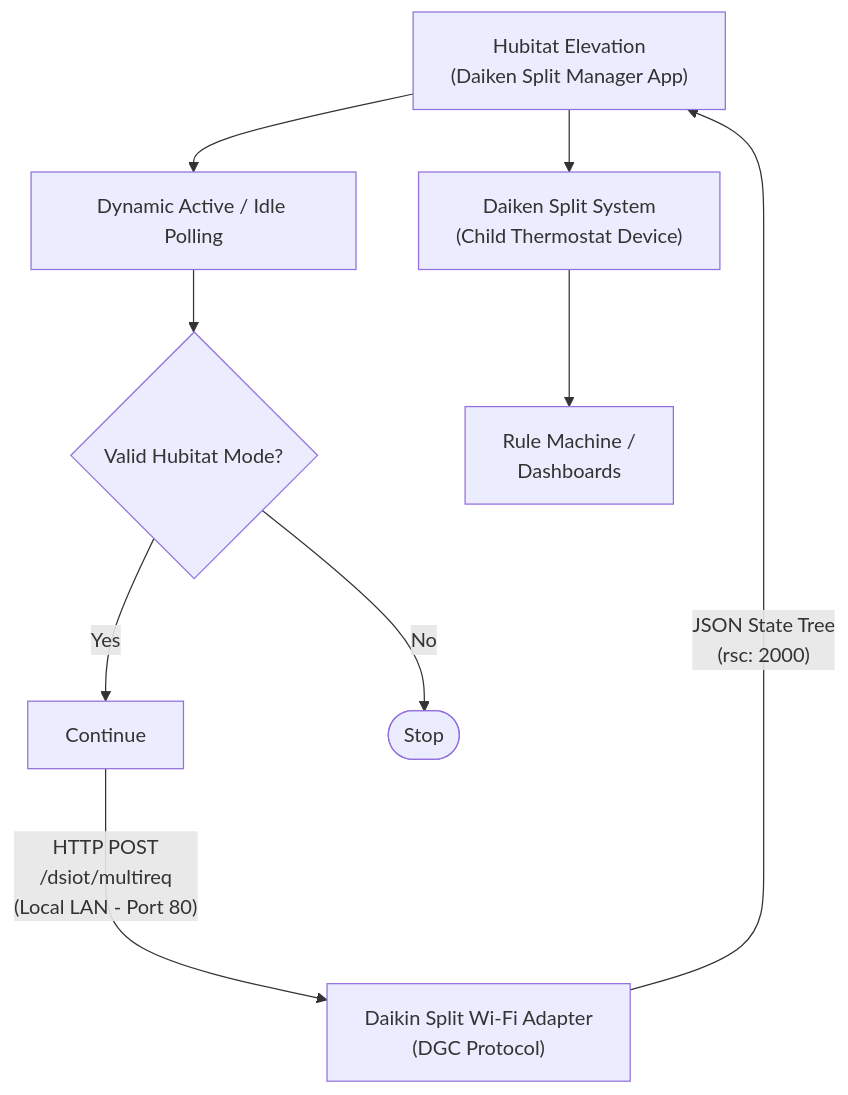
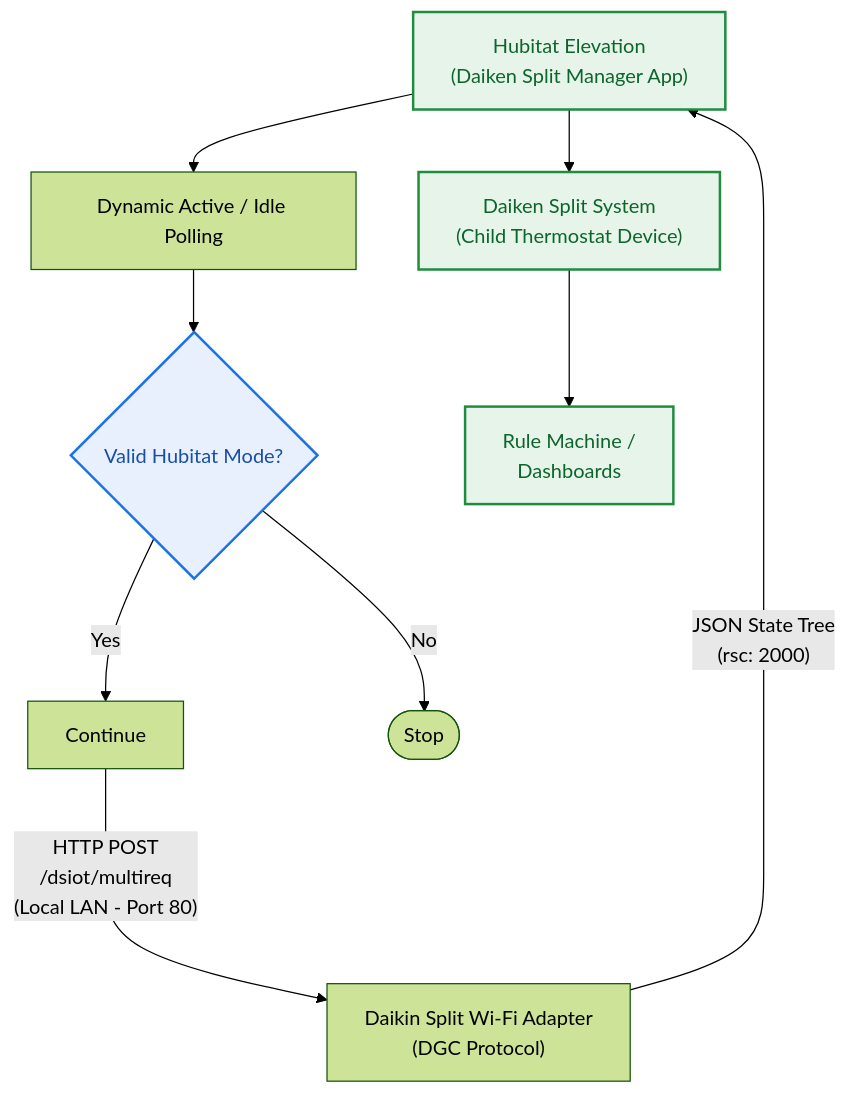
Before and after one commit to KurtSanders/Hubitat-Daiken-Split-Manager: the diagram in README.md, drawn with Mermaid.

````diff
--- a/README.md
+++ b/README.md
@@ -13,14 +13,21 @@
 ```mermaid
+---
+config:
+  theme: forest
+---
 flowchart TD
     HE["Hubitat Elevation<br/>(Daiken Split Manager App)"] 
     HE --> PS["Dynamic Active / Idle Polling"]
     PS --> MD{"Valid Hubitat Mode?"}
     MD -->|Yes| SH[Continue]
     MD -->|No| ST([Stop])
     SH --->|"HTTP POST<br/>/dsiot/multireq<br/>(Local LAN - Port 80)"| DK["Daikin Split Wi-Fi Adapter<br/>(DGC Protocol)"]
     DK --->|"JSON State Tree<br/>(rsc: 2000)"| HE
     HE --> CD["Daiken Split System<br/>(Child Thermostat Device)"]
     CD --> RM["Rule Machine /<br/>Dashboards"]
-
-    
+    classDef hubitat fill:#e6f4ea,stroke:#1e8e3e,stroke-width:2px,color:#0d652d
+    classDef daikin fill:#e8f0fe,stroke:#1a73e8,stroke-width:2px,color:#174ea6
+    classDef external fill:#fef7e0,stroke:#f9ab00,stroke-width:2px,color:#b060
+    class HE,CD,RM hubitat
+    class MD daikin
 ```
````
